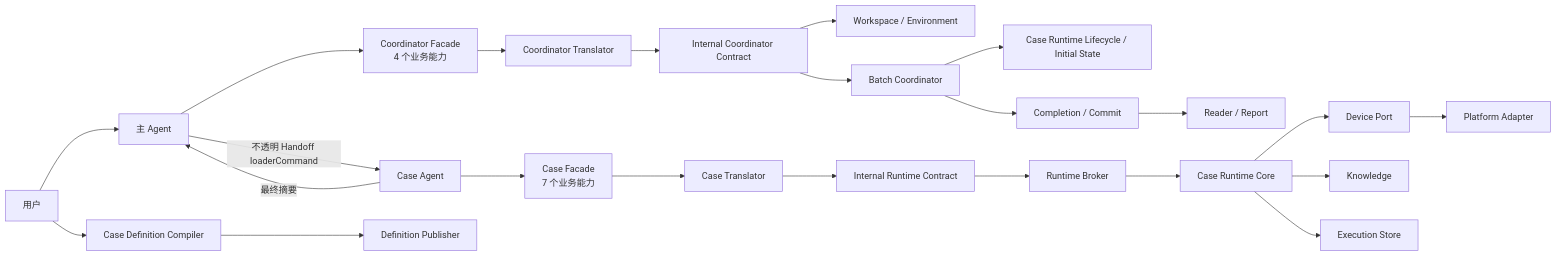
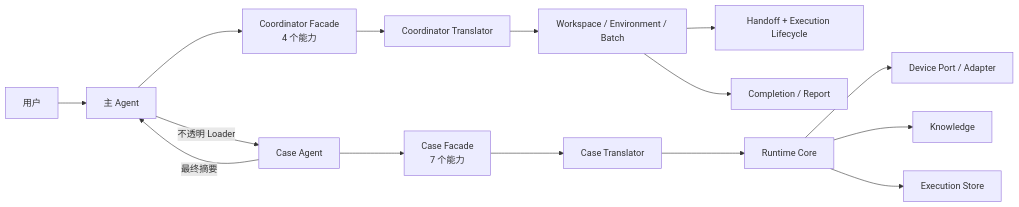
One commit to lianghuihui-plus/DevKit changed the first of 2 diagrams in skills/mobile-ai-visual-test/docs/architecture.md. Above: the diagram before and after it, drawn with Mermaid. The commit also changed other lines of this file and 67 other files, not shown here.

Commit message:
refactor(mavt): simplify case agent execution flow

````diff
--- a/skills/mobile-ai-visual-test/docs/architecture.md
+++ b/skills/mobile-ai-visual-test/docs/architecture.md
@@ -21,25 +19,17 @@
 ```mermaid
 flowchart LR
   U["用户"] --> M["主 Agent"]
-  U --> DC["Case Definition Compiler"]
-  DC --> DP["Definition Publisher"]
-  M --> CF["Coordinator Facade<br/>4 个业务能力"]
+  M --> CF["Coordinator Facade<br/>4 个能力"]
   CF --> CT["Coordinator Translator"]
-  CT --> CI["Internal Coordinator Contract"]
-  CI --> W["Workspace / Environment"]
-  CI --> B["Batch Coordinator"]
-  B --> L["Case Runtime Lifecycle / Initial State"]
-  M -->|"不透明 Handoff loaderCommand"| A["Case Agent"]
-  A --> AF["Case Facade<br/>7 个业务能力"]
+  CT --> B["Workspace / Environment / Batch"]
+  B --> L["Handoff + Execution Lifecycle"]
+  M -->|"不透明 Loader"| A["Case Agent"]
+  A --> AF["Case Facade<br/>7 个能力"]
   AF --> AT["Case Translator"]
-  AT --> RI["Internal Runtime Contract"]
-  RI --> RB["Runtime Broker"]
-  RB --> R["Case Runtime Core"]
-  R --> D["Device Port"]
-  D --> P["Platform Adapter"]
+  AT --> R["Runtime Core"]
+  R --> D["Device Port / Adapter"]
   R --> K["Knowledge"]
   R --> S["Execution Store"]
   A -->|"最终摘要"| M
-  B --> C["Completion / Commit"]
-  C --> V["Reader / Report"]
+  B --> P["Completion / Report"]
 ```
````
